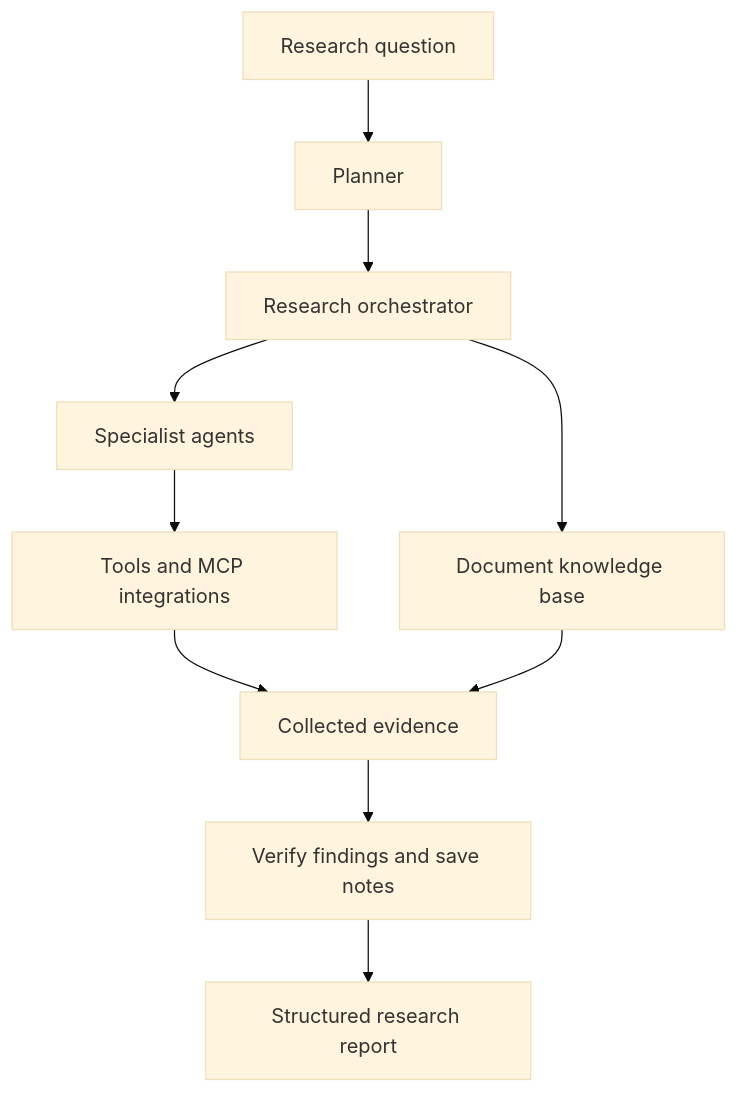
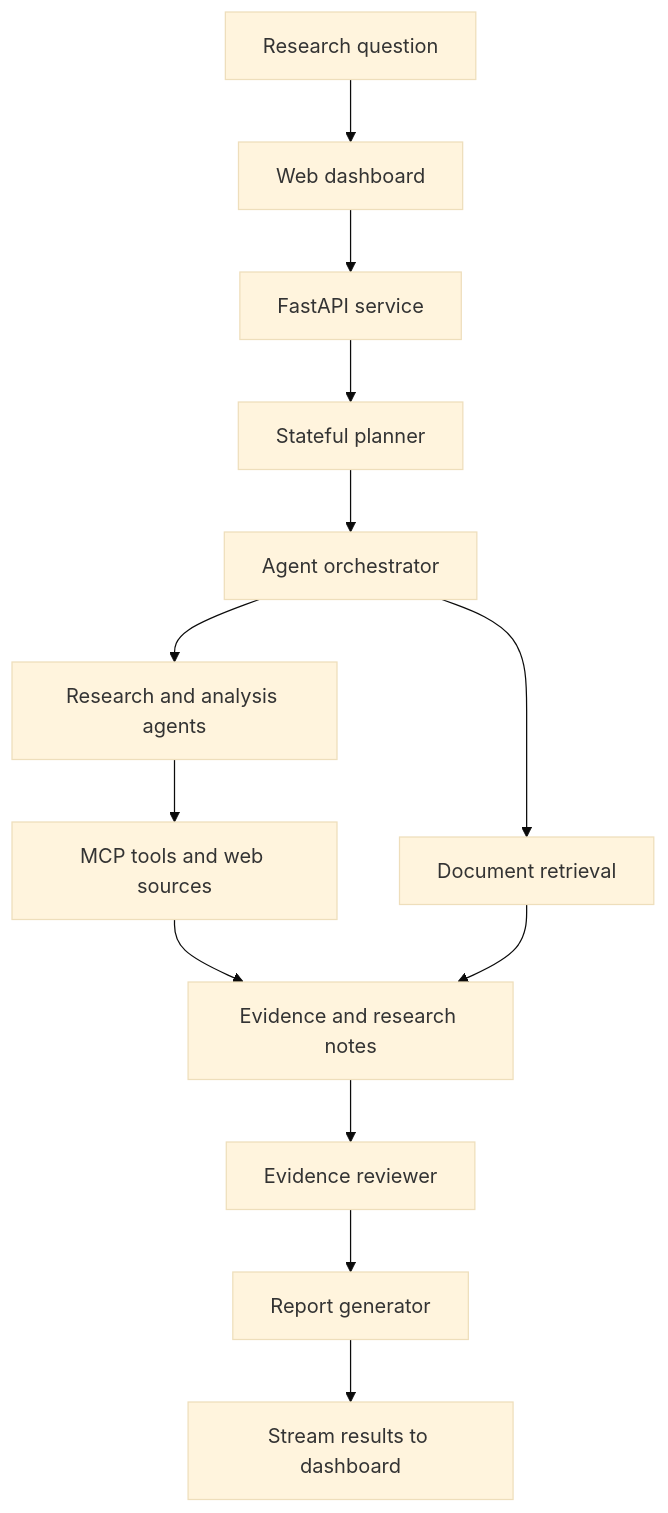
Before and after one commit to amol004/Autonomous-Deep-Research-Multi-Agent-System: the diagram in README.md, drawn with Mermaid (base theme). The commit also changed other lines of this file, not shown here.

````diff
--- a/README.md
+++ b/README.md
@@ -23,12 +17,15 @@
 ```mermaid
 flowchart TD
-    Q["Research question"] --> P["Planner"]
-    P --> O["Research orchestrator"]
-    O --> A["Specialist agents"]
-    O --> K["Document knowledge base"]
-    A --> T["Tools and MCP integrations"]
-    T --> E["Collected evidence"]
+    U["Research question"] --> W["Web dashboard"]
+    W --> API["FastAPI service"]
+    API --> P["Stateful planner"]
+    P --> O["Agent orchestrator"]
+    O --> R["Research and analysis agents"]
+    O --> K["Document retrieval"]
+    R --> M["MCP tools and web sources"]
+    M --> E["Evidence and research notes"]
     K --> E
-    E --> V["Verify findings and save notes"]
-    V --> R["Structured research report"]
+    E --> V["Evidence reviewer"]
+    V --> G["Report generator"]
+    G --> S["Stream results to dashboard"]
 ```
````
